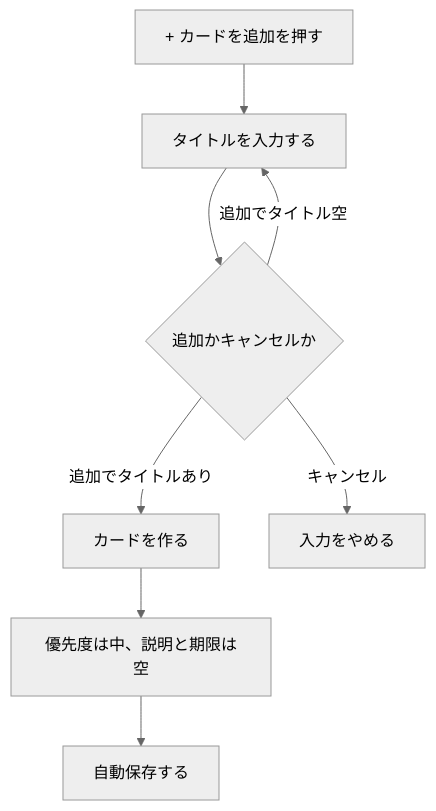
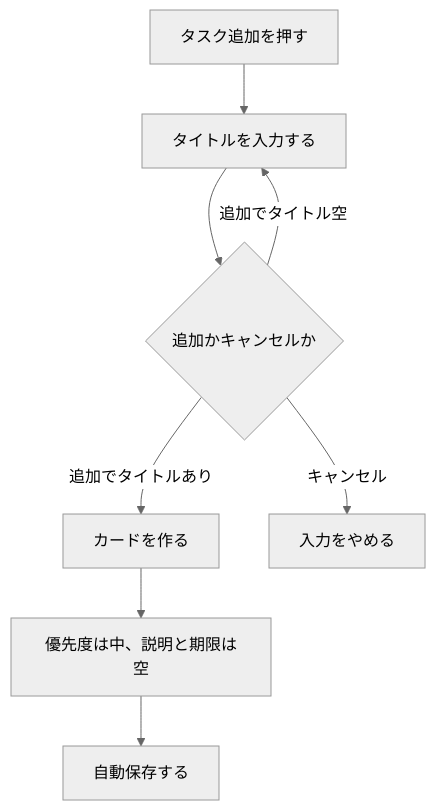
The third of 7 diagrams in ドキュメント/機能要件定義書.md (pfgnsb/kadai-kanri-board), drawn with Mermaid (neutral theme) before and after one commit. The commit also changed other lines of this file and 7 other files, not shown here.

````diff
--- a/ドキュメント/機能要件定義書.md
+++ b/ドキュメント/機能要件定義書.md
@@ -173,10 +173,10 @@
 ```mermaid
 flowchart TD
-  a[+ カードを追加を押す] --> b[タイトルを入力する]
+  a[タスク追加を押す] --> b[タイトルを入力する]
   b --> c{追加かキャンセルか}
   c -->|追加でタイトルあり| d[カードを作る]
   c -->|キャンセル| e[入力をやめる]
   c -->|追加でタイトル空| b
   d --> f[優先度は中、説明と期限は空]
   f --> g[自動保存する]
 ```
````
